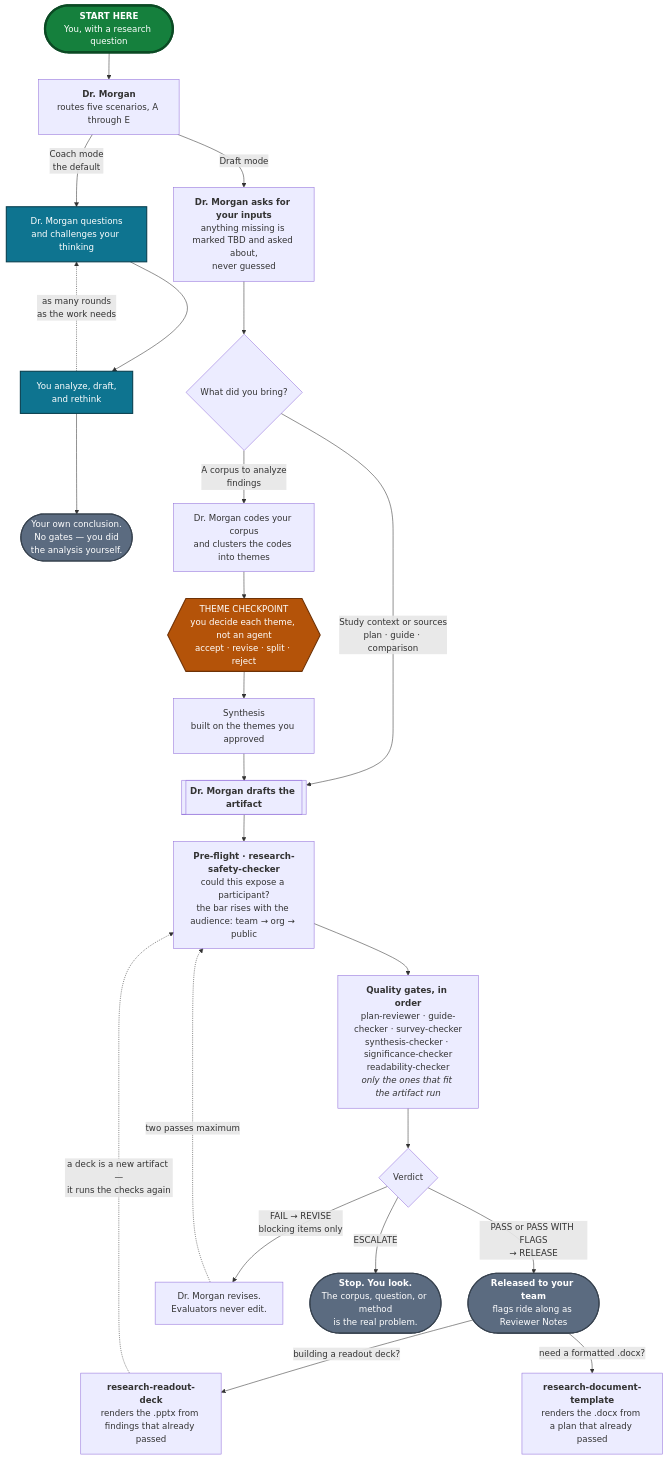
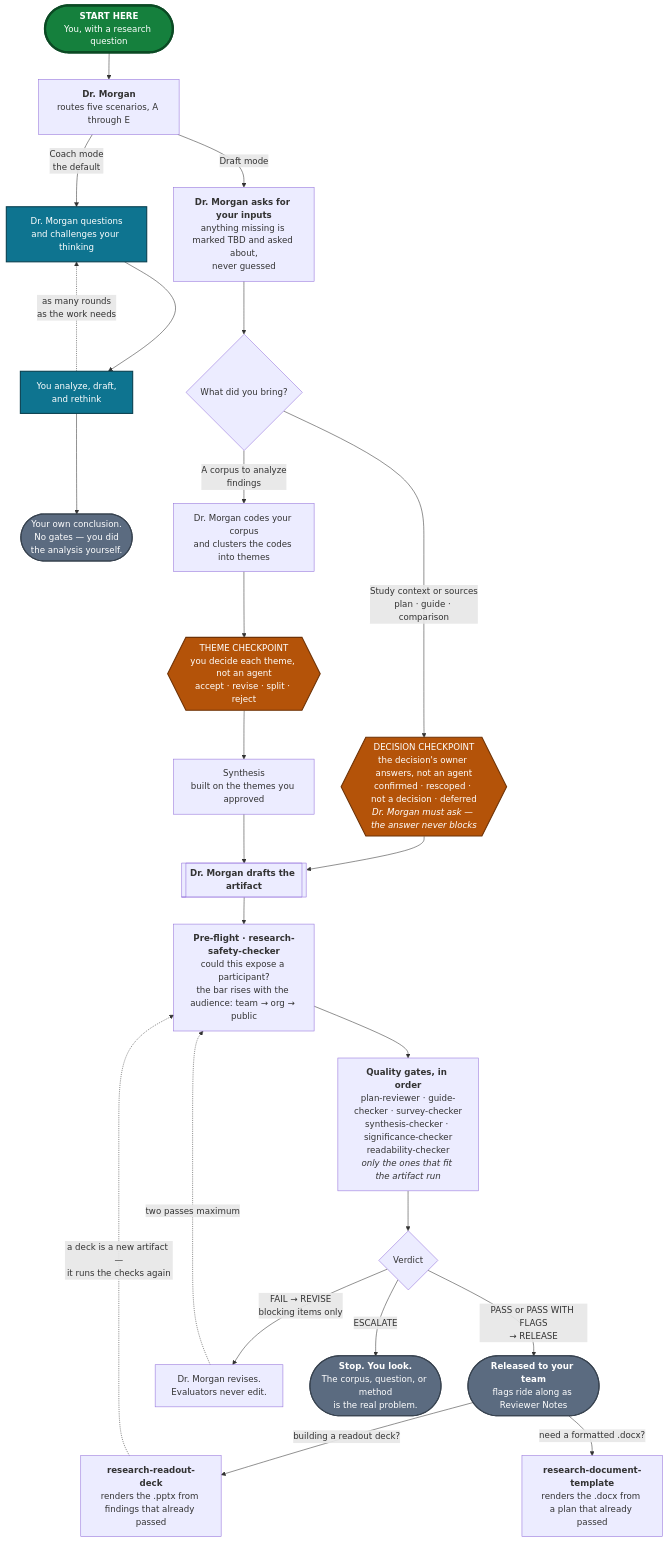
Before and after one commit to kirstenhosic/UX-Research-Skills-IBM-Secure: the diagram in README.md, drawn with Mermaid. The commit also changed other lines of this file and 6 other files, not shown here.

````diff
--- a/README.md
+++ b/README.md
@@ -260,50 +260,53 @@
 ```mermaid
 flowchart TD
     START(["<b>START HERE</b><br/>You, with a research question"])
     START --> DM
 
     DM["<b>Dr. Morgan</b><br/>routes five scenarios, A through E"]
 
     DM -->|"Coach mode<br/>the default"| COACH["Dr. Morgan questions<br/>and challenges your thinking"]
     COACH --> WORK["You analyze, draft,<br/>and rethink"]
     WORK -.->|"as many rounds<br/>as the work needs"| COACH
     WORK --> ENDC(["Your own conclusion.<br/>No gates — you did<br/>the analysis yourself."])
 
     DM -->|"Draft mode"| IN["<b>Dr. Morgan asks for your inputs</b><br/>anything missing is marked TBD and asked about,<br/>never guessed"]
     IN --> Q{"What did you bring?"}
 
     ART[["<b>Dr. Morgan drafts the artifact</b>"]]
     CL["Dr. Morgan codes your corpus<br/>and clusters the codes into themes"]
 
-    Q -->|"Study context or sources<br/>plan · guide · comparison"| ART
+    Q -->|"Study context or sources<br/>plan · guide · comparison"| DC
     Q -->|"A corpus to analyze<br/>findings"| CL
+
+    DC{{"DECISION CHECKPOINT<br/>the decision's owner answers, not an agent<br/>confirmed · rescoped · not a decision · deferred<br/><i>Dr. Morgan must ask — the answer never blocks</i>"}}
+    DC --> ART
 
     CL --> TC{{"THEME CHECKPOINT<br/>you decide each theme, not an agent<br/>accept · revise · split · reject"}}
     TC --> SY["Synthesis<br/>built on the themes you approved"]
     SY --> ART
 
     ART --> PF["<b>Pre-flight · research-safety-checker</b><br/>could this expose a participant?<br/>the bar rises with the audience: team → org → public"]
     PF --> G["<b>Quality gates, in order</b><br/>plan-reviewer · guide-checker · survey-checker<br/>synthesis-checker · significance-checker<br/>readability-checker<br/><i>only the ones that fit the artifact run</i>"]
     G --> V{"Verdict"}
 
     V -->|"PASS or PASS WITH FLAGS<br/>→ RELEASE"| ENDR(["<b>Released to your team</b><br/>flags ride along as Reviewer Notes"])
 
     V -->|"FAIL → REVISE<br/>blocking items only"| RV["Dr. Morgan revises.<br/>Evaluators never edit."]
     RV -.->|"two passes maximum"| PF
 
     V -->|"ESCALATE"| ENDE(["<b>Stop. You look.</b><br/>The corpus, question, or method<br/>is the real problem."])
 
     ENDR -->|"building a readout deck?"| SK["<b>research-readout-deck</b><br/>renders the .pptx from findings that already passed"]
     SK -.->|"a deck is a new artifact —<br/>it runs the checks again"| PF
 
     ENDR -->|"need a formatted .docx?"| DOC["<b>research-document-template</b><br/>renders the .docx from a plan that already passed"]
 
     classDef entry  fill:#15803D,stroke:#0B4A24,stroke-width:4px,color:#FFFFFF
     classDef coach  fill:#0E7490,stroke:#083F4F,stroke-width:2px,color:#FFFFFF
     classDef human  fill:#B45309,stroke:#6E3206,stroke-width:2px,color:#FFFFFF
     classDef ending fill:#5B6B80,stroke:#37424F,stroke-width:2px,color:#FFFFFF
     class START entry
     class COACH,WORK coach
-    class TC human
+    class TC,DC human
     class ENDC,ENDR,ENDE ending
 ```
````
